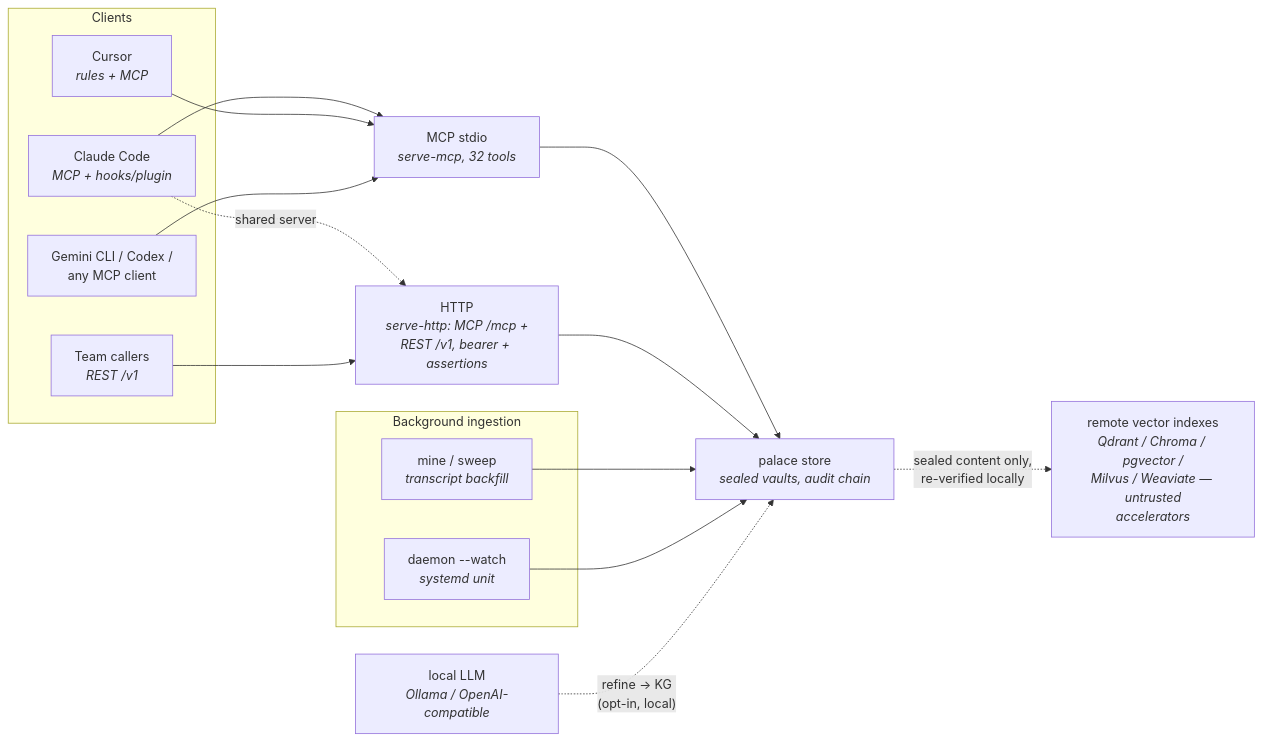
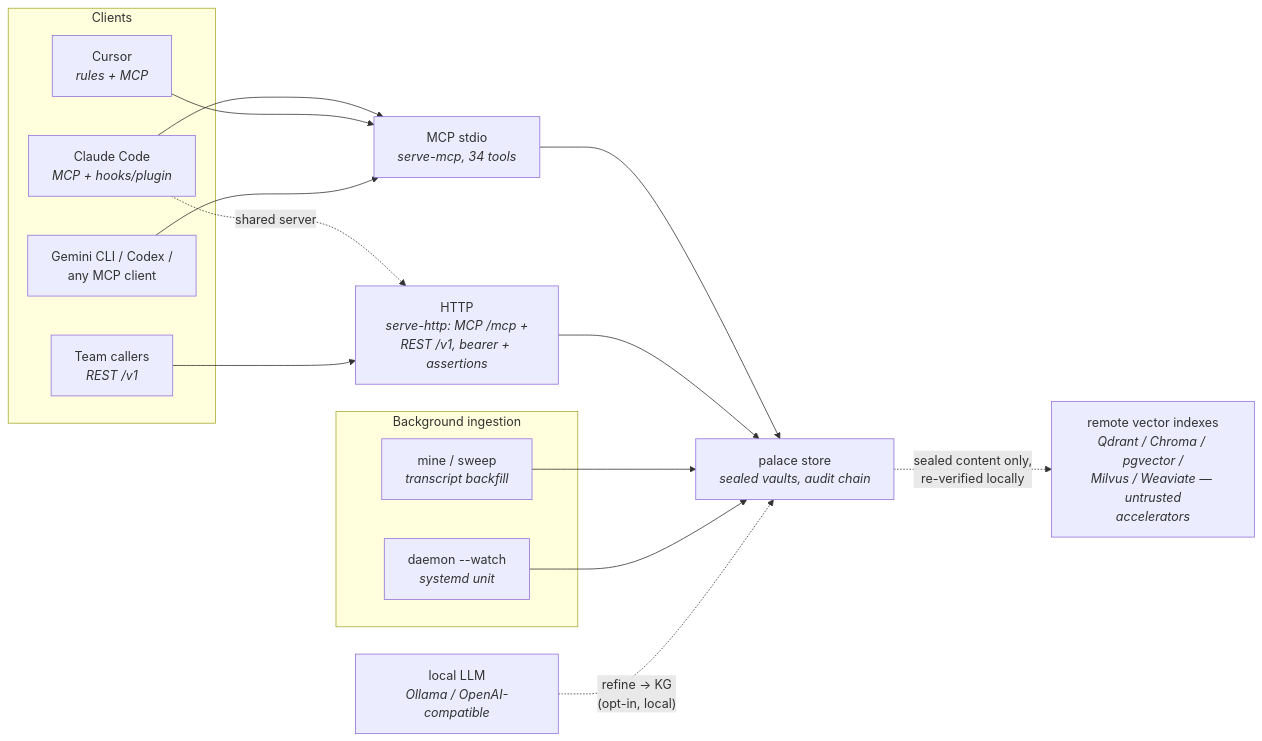
The diagram in docs/diagrams/src/integrations-surfaces.mmd (compufreq/mnemosyne), drawn with Mermaid before and after one commit. The commit also changed 5 other files, not shown here.

Commit message:
the site tells the truth again: landing stats/cards/terminal current (511 tests, 304 e2e, 34 MCP tools, the defense rooms), THREAT_MODEL section 8 marked BUILT with the shipped shapes, diagram+parity tool counts re-rendered

```diff
--- a/docs/diagrams/src/integrations-surfaces.mmd
+++ b/docs/diagrams/src/integrations-surfaces.mmd
@@ -1,22 +1,22 @@
 flowchart LR
     subgraph clients["Clients"]
         cc["Claude Code<br/><i>MCP + hooks/plugin</i>"]
         cur["Cursor<br/><i>rules + MCP</i>"]
         gem["Gemini CLI / Codex /<br/>any MCP client"]
         team["Team callers<br/><i>REST /v1</i>"]
     end
     subgraph ingest["Background ingestion"]
         mine["mine / sweep<br/><i>transcript backfill</i>"]
         daemon["daemon --watch<br/><i>systemd unit</i>"]
     end
-    cc --> mcp["MCP stdio<br/><i>serve-mcp, 32 tools</i>"]
+    cc --> mcp["MCP stdio<br/><i>serve-mcp, 34 tools</i>"]
     cur --> mcp
     gem --> mcp
     cc -. "shared server" .-> http["HTTP<br/><i>serve-http: MCP /mcp +<br/>REST /v1, bearer + assertions</i>"]
     team --> http
     mcp --> store["palace store<br/><i>sealed vaults, audit chain</i>"]
     http --> store
     mine --> store
     daemon --> store
     store -. "sealed content only,<br/>re-verified locally" .-> remote["remote vector indexes<br/><i>Qdrant / Chroma / pgvector /<br/>Milvus / Weaviate — untrusted<br/>accelerators</i>"]
     llmx["local LLM<br/><i>Ollama / OpenAI-compatible</i>"] -. "refine → KG<br/>(opt-in, local)" .-> store
```
